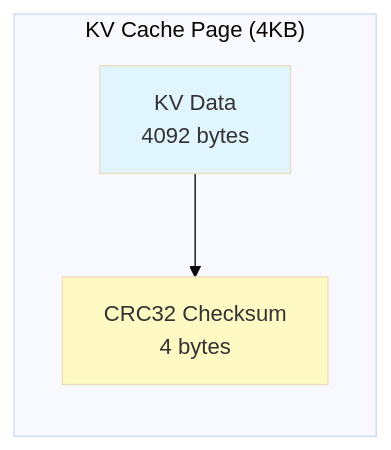
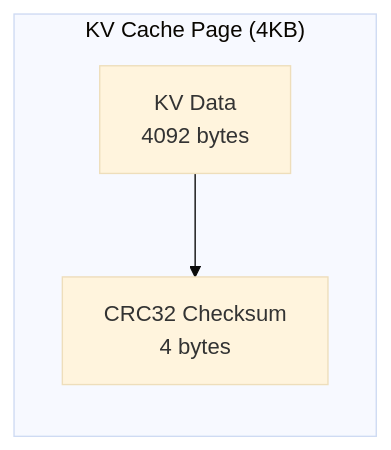
Before and after one commit to LatencyTDH/sample-architectural-designs: the third of 24 diagrams in amazon-bedrock/DesignBedrock.md, drawn with Mermaid (base theme). The commit also changed other lines of this file, not shown here.

````diff
--- a/amazon-bedrock/DesignBedrock.md
+++ b/amazon-bedrock/DesignBedrock.md
@@ -375,12 +375,9 @@
     ```mermaid
     graph LR
         subgraph Page["KV Cache Page (4KB)"]
             Data["KV Data<br/>4092 bytes"]
             CRC["CRC32 Checksum<br/>4 bytes"]
         end
         
         Data --> CRC
-        
-        style Data fill:#e1f5fe
-        style CRC fill:#fff9c4
     ```
````
